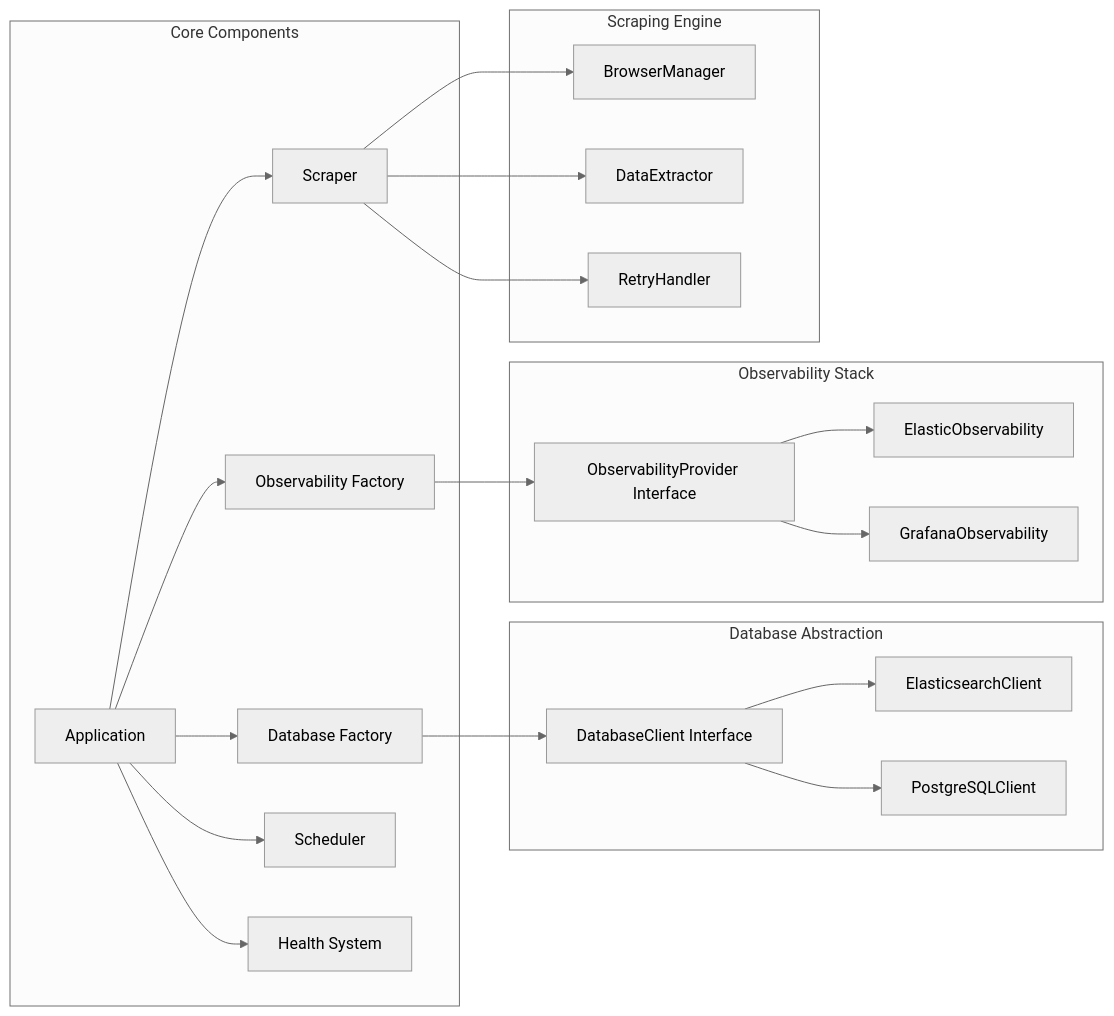
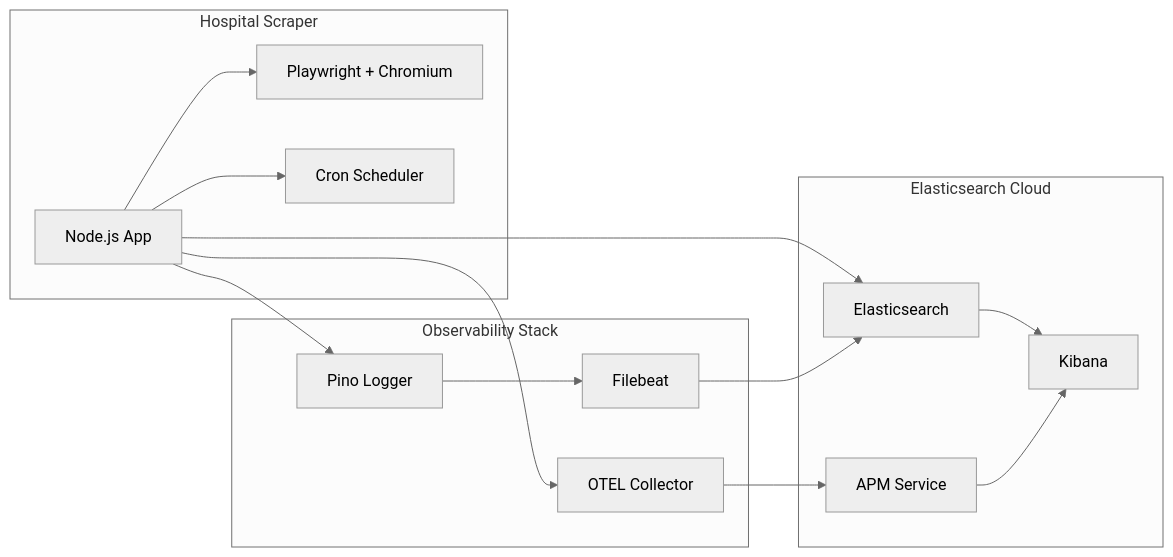
One commit to achyutjhunjhunwala/tug-klinikum changed the diagram in README.md. Above: the diagram before and after it, drawn with Mermaid (neutral theme). The commit also changed other lines of this file and 39 other files, not shown here.

````diff
--- a/README.md
+++ b/README.md
@@ -91,28 +45,33 @@
 ```mermaid
 graph LR
-    subgraph "Core Components"
-        A[Application] --> B[Database Factory]
-        A --> C[Observability Factory]
-        A --> D[Scraper]
-        A --> E[Scheduler]
-        A --> F[Health System]
-    end
-    
-    subgraph "Database Abstraction"
-        B --> G[DatabaseClient Interface]
-        G --> H[ElasticsearchClient]
-        G --> I[PostgreSQLClient]
+    subgraph "Hospital Scraper"
+        App[Node.js App]
+        Browser[Playwright + Chromium]
+        Scheduler[Cron Scheduler]
     end
     
     subgraph "Observability Stack"
-        C --> J[ObservabilityProvider Interface]
-        J --> K[ElasticObservability]
-        J --> L[GrafanaObservability]
+        Logger[Pino Logger]
+        OTEL[OTEL Collector]
+        Filebeat[Filebeat]
     end
     
-    subgraph "Scraping Engine"
-        D --> M[BrowserManager]
-        D --> N[DataExtractor]
-        D --> O[RetryHandler]
+    subgraph "Elasticsearch Cloud"
+        ES[Elasticsearch]
+        APM[APM Service]
+        Kibana[Kibana]
     end
+    
+    App --> Browser
+    App --> Scheduler
+    App --> Logger
+    App --> OTEL
+    App --> ES
+    
+    Logger --> Filebeat
+    OTEL --> APM
+    Filebeat --> ES
+    
+    ES --> Kibana
+    APM --> Kibana
 ```
````
